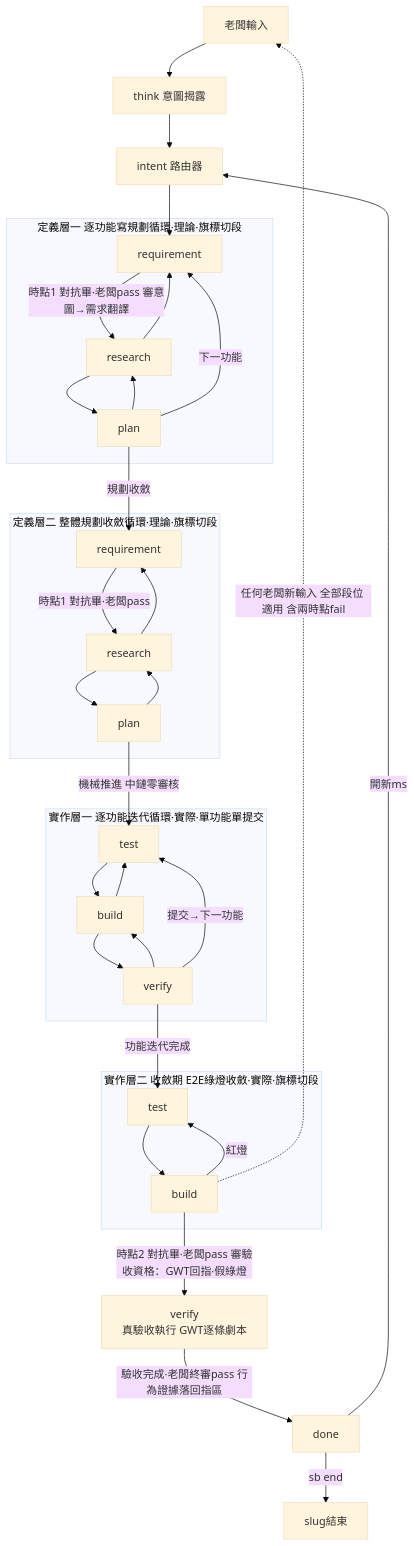
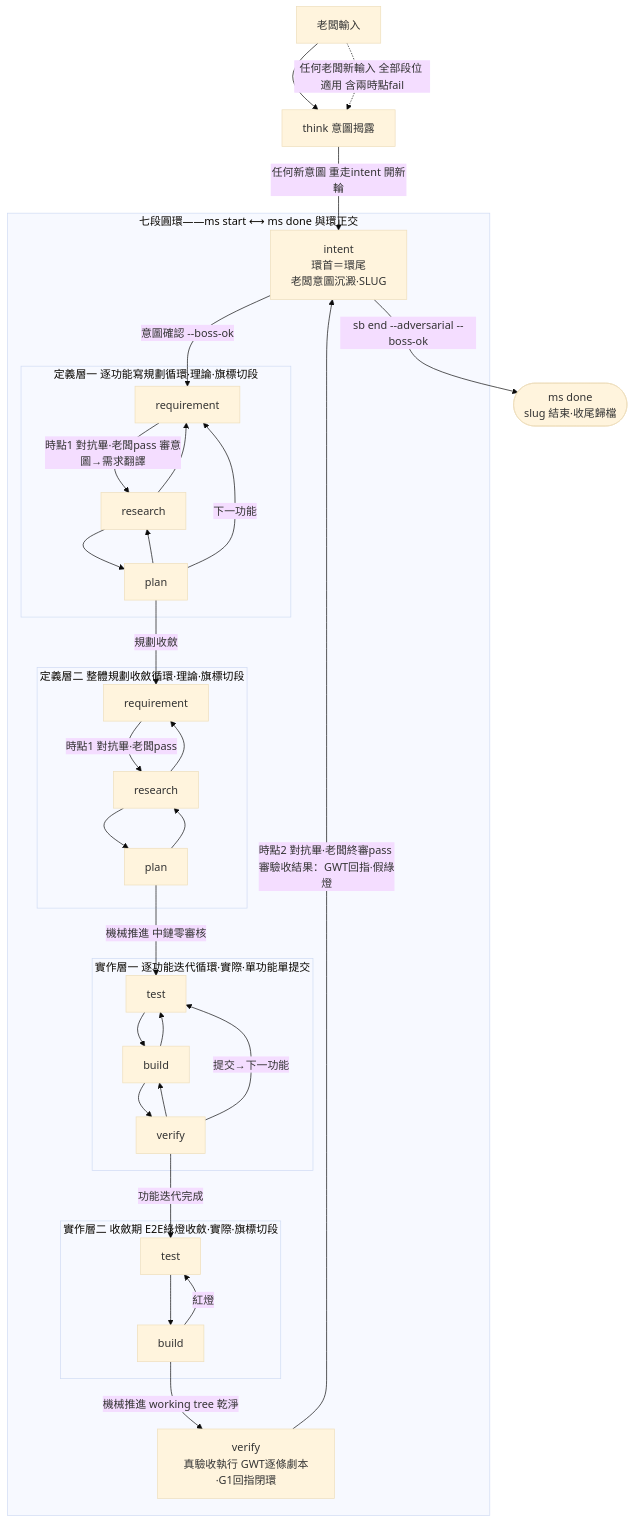
The first of 3 diagrams in skills/shiftblame/SKILL.md (teps3105/shiftblame), drawn with Mermaid (base theme) before and after one commit. The commit also changed other lines of this file and 32 other files, not shown here.

````diff
--- a/skills/shiftblame/SKILL.md
+++ b/skills/shiftblame/SKILL.md
@@ -37,42 +37,44 @@
 ```mermaid
 flowchart TB
     BOSS[老闆輸入] --> THINK[think 意圖揭露]
-    THINK --> INTENT[intent 路由器]
+    THINK -->|任何新意圖 重走intent 開新輪| I
 
-    INTENT --> R
+    subgraph MS[七段圓環——ms start ⟷ ms done 與環正交]
+        I[intent<br/>環首＝環尾<br/>老闆意圖沉澱·SLUG]
+        I -->|意圖確認 --boss-ok| R[requirement]
 
-    subgraph DEF1[定義層一 逐功能寫規劃循環·理論·旗標切段]
-        R[requirement] -->|時點1 對抗畢·老闆pass 審意圖→需求翻譯| RS[research] --> P[plan]
-        P --> RS --> R
-        P -->|下一功能| R
+        subgraph DEF1[定義層一 逐功能寫規劃循環·理論·旗標切段]
+            R -->|時點1 對抗畢·老闆pass 審意圖→需求翻譯| RS[research] --> P[plan]
+            P --> RS --> R
+            P -->|下一功能| R
+        end
+
+        P -->|規劃收斂| R2
+
+        subgraph DEF2[定義層二 整體規劃收斂循環·理論·旗標切段]
+            R2[requirement] -->|時點1 對抗畢·老闆pass| RS2[research] --> P2[plan]
+            P2 --> RS2 --> R2
+        end
+
+        P2 -->|機械推進 中鏈零審核| T
+
+        subgraph IMPL1[實作層一 逐功能迭代循環·實際·單功能單提交]
+            T[test] --> B[build] --> V[verify]
+            V --> B --> T
+            V -->|提交→下一功能| T
+        end
+
+        V -->|功能迭代完成| T2
+
+        subgraph CONV[實作層二 收斂期 E2E綠燈收斂·實際·旗標切段]
+            T2[test] --> B2[build]
+            B2 -->|紅燈| T2
+        end
+
+        B2 -->|機械推進 working tree 乾淨| V3[verify<br/>真驗收執行 GWT逐條劇本·G1回指閉環]
+        V3 -->|時點2 對抗畢·老闆終審pass 審驗收結果：GWT回指·假綠燈| I
     end
 
-    P -->|規劃收斂| R2
-
-    subgraph DEF2[定義層二 整體規劃收斂循環·理論·旗標切段]
-        R2[requirement] -->|時點1 對抗畢·老闆pass| RS2[research] --> P2[plan]
-        P2 --> RS2 --> R2
-    end
-
-    P2 -->|機械推進 中鏈零審核| T
-
-    subgraph IMPL1[實作層一 逐功能迭代循環·實際·單功能單提交]
-        T[test] --> B[build] --> V[verify]
-        V --> B --> T
-        V -->|提交→下一功能| T
-    end
-
-    V -->|功能迭代完成| T2
-
-    subgraph CONV[實作層二 收斂期 E2E綠燈收斂·實際·旗標切段]
-        T2[test] --> B2[build]
-        B2 -->|紅燈| T2
-    end
-
-    B2 -->|時點2 對抗畢·老闆pass 審驗收資格：GWT回指·假綠燈| V3[verify<br/>真驗收執行 GWT逐條劇本]
-    V3 -->|驗收完成·老闆終審pass 行為證據落回指區| DONE[done]
-    DONE -->|開新ms| INTENT
-    DONE -->|sb end| FIN[slug結束]
-
-    B2 -.->|任何老闆新輸入 全部段位 適用 含兩時點fail| BOSS
+    I -->|sb end --adversarial --boss-ok| FIN([ms done<br/>slug 結束·收尾歸檔])
+    BOSS -.->|任何老闆新輸入 全部段位 適用 含兩時點fail| THINK
 ```
````
